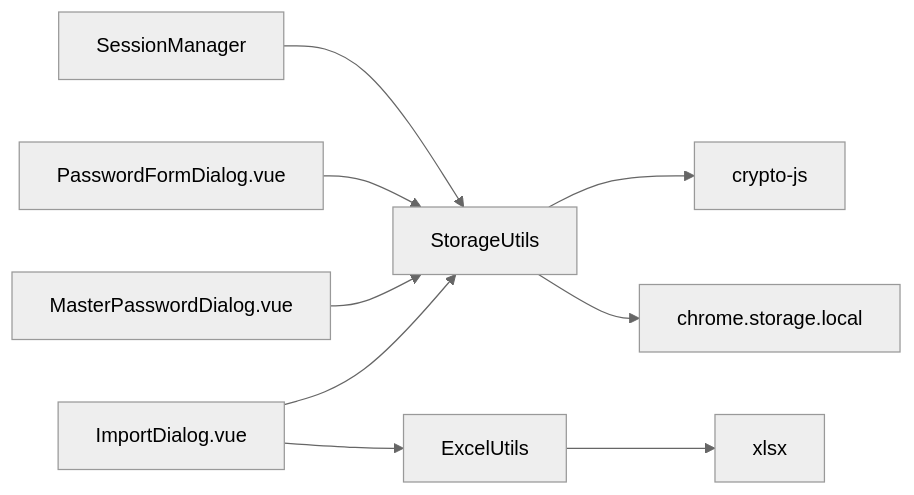
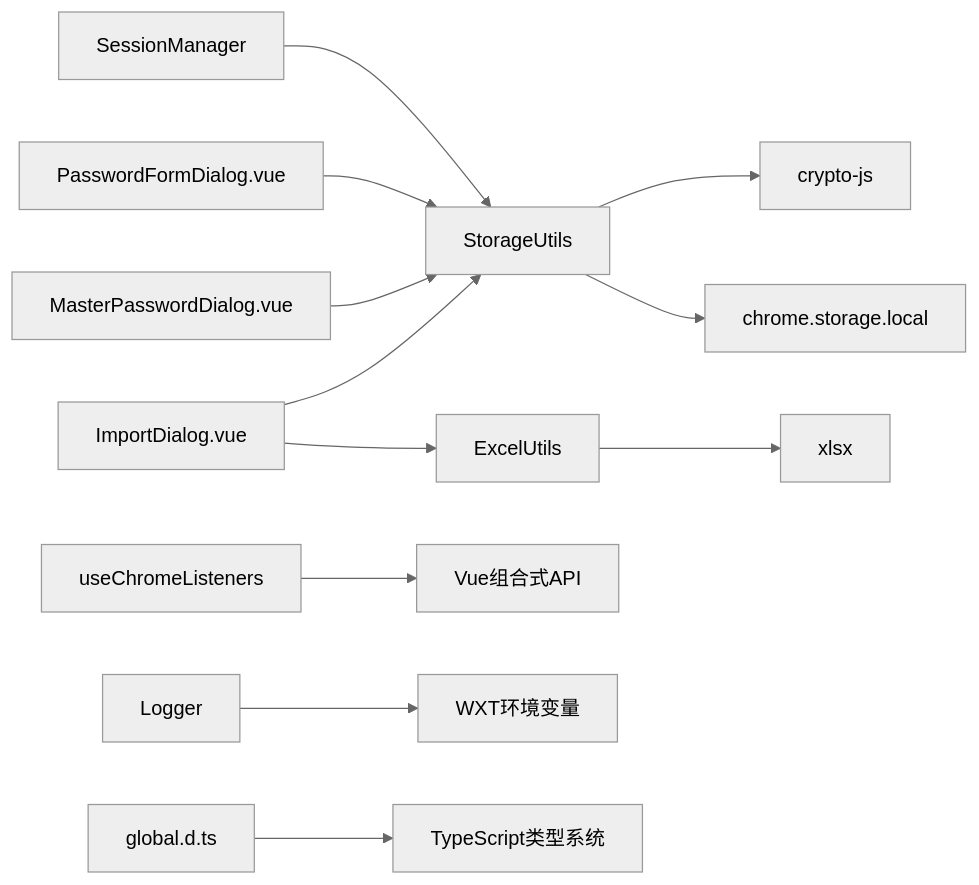
One commit to liaolongdong/account-password-helper changed the ninth of 9 diagrams in .qoder/repowiki/zh/content/核心模块/核心模块.md. Above: the diagram before and after it, drawn with Mermaid (neutral theme). The commit also changed other lines of this file and 23 other files, not shown here.

````diff
--- a/.qoder/repowiki/zh/content/核心模块/核心模块.md
+++ b/.qoder/repowiki/zh/content/核心模块/核心模块.md
@@ -362,11 +495,14 @@
 ```mermaid
 graph LR
 ST["StorageUtils"] --> CJS["crypto-js"]
 ST --> CHROME["chrome.storage.local"]
 EX["ExcelUtils"] --> XLSX["xlsx"]
 SM["SessionManager"] --> ST
 PFD["PasswordFormDialog.vue"] --> ST
 MPD["MasterPasswordDialog.vue"] --> ST
 ID["ImportDialog.vue"] --> EX
 ID --> ST
+CL["useChromeListeners"] --> VUE["Vue组合式API"]
+LG["Logger"] --> ENV["WXT环境变量"]
+GD["global.d.ts"] --> TYPES["TypeScript类型系统"]
 ```
````
